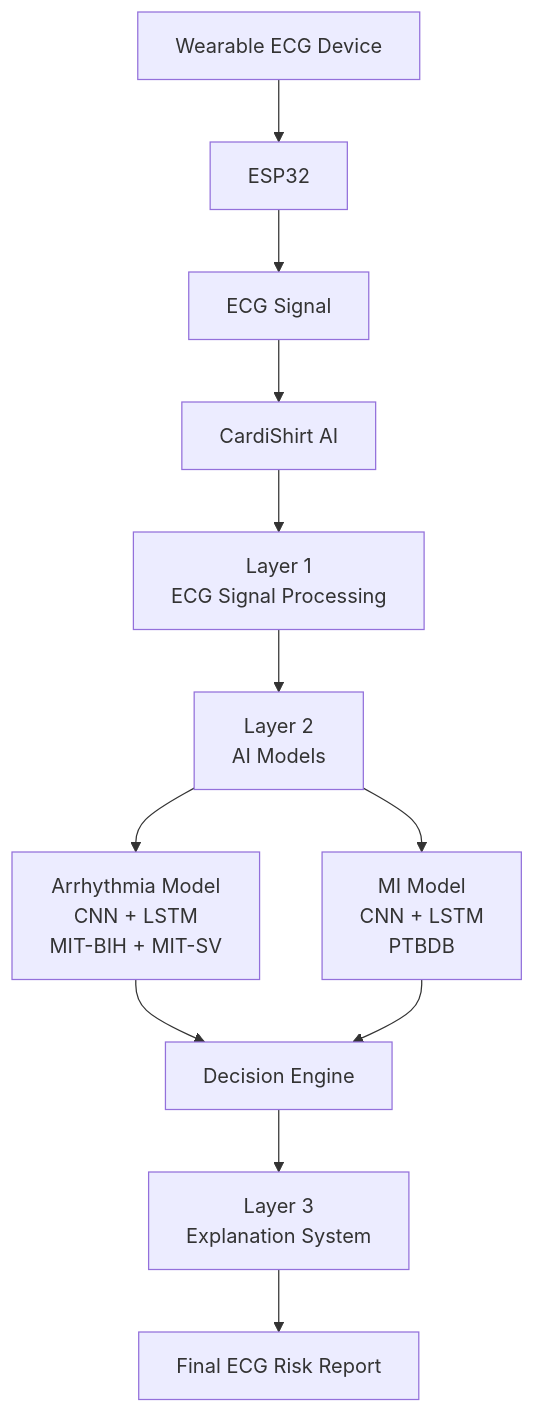
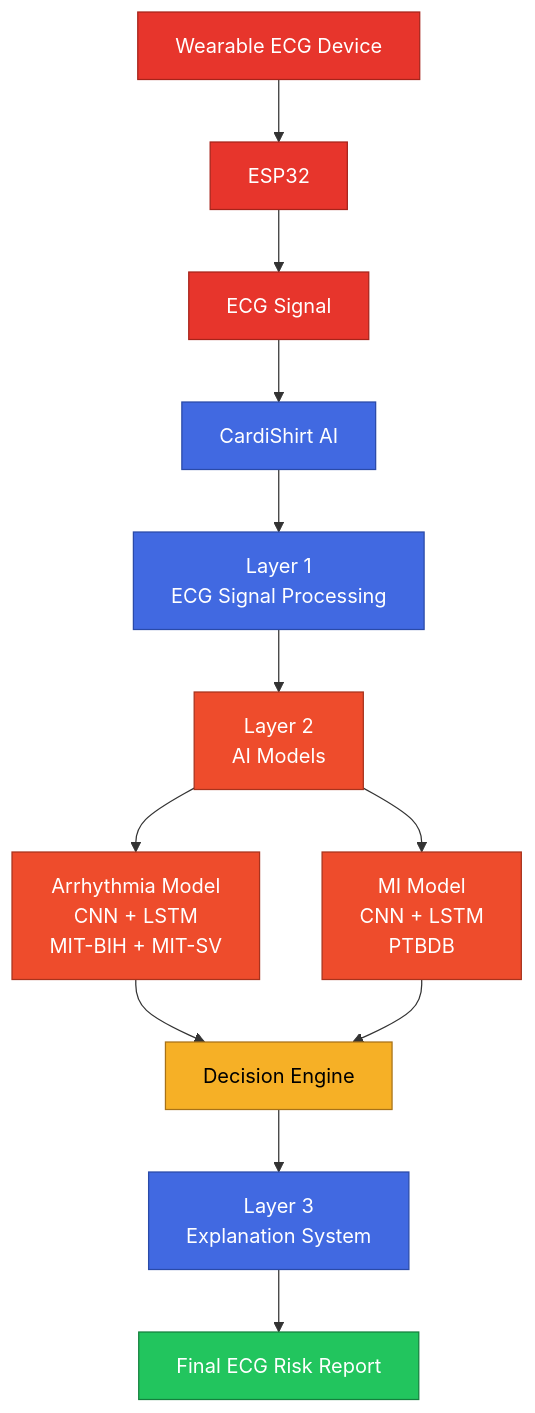
One commit to hamim0047/CardiShirt changed the first of 7 diagrams in ai-training/readme.md. Above: the diagram before and after it, drawn with Mermaid. The commit also changed other lines of this file, not shown here.

````diff
--- a/ai-training/readme.md
+++ b/ai-training/readme.md
@@ -62,18 +63,30 @@
 ```mermaid
 flowchart TD
     Device[Wearable ECG Device] --> ESP32
     ESP32 --> Signal[ECG Signal]
     Signal --> AI["CardiShirt AI"]
 
     AI --> L1["Layer 1<br/>ECG Signal Processing"]
     L1 --> L2["Layer 2<br/>AI Models"]
 
     L2 --> Arr["Arrhythmia Model<br/>CNN + LSTM<br/>MIT-BIH + MIT-SV"]
     L2 --> MI["MI Model<br/>CNN + LSTM<br/>PTBDB"]
 
     Arr --> DE[Decision Engine]
     MI --> DE
 
     DE --> L3["Layer 3<br/>Explanation System"]
     L3 --> Report[Final ECG Risk Report]
+
+    classDef hardware fill:#e7352c,stroke:#a6231a,color:#fff
+    classDef stage fill:#4169e1,stroke:#2a4aa8,color:#fff
+    classDef model fill:#ee4c2c,stroke:#a8331d,color:#fff
+    classDef decide fill:#f6b026,stroke:#a87218,color:#000
+    classDef out fill:#22c55e,stroke:#15803d,color:#fff
+
+    class Device,ESP32,Signal hardware
+    class AI,L1,L3 stage
+    class L2,Arr,MI model
+    class DE decide
+    class Report out
 ```
````
